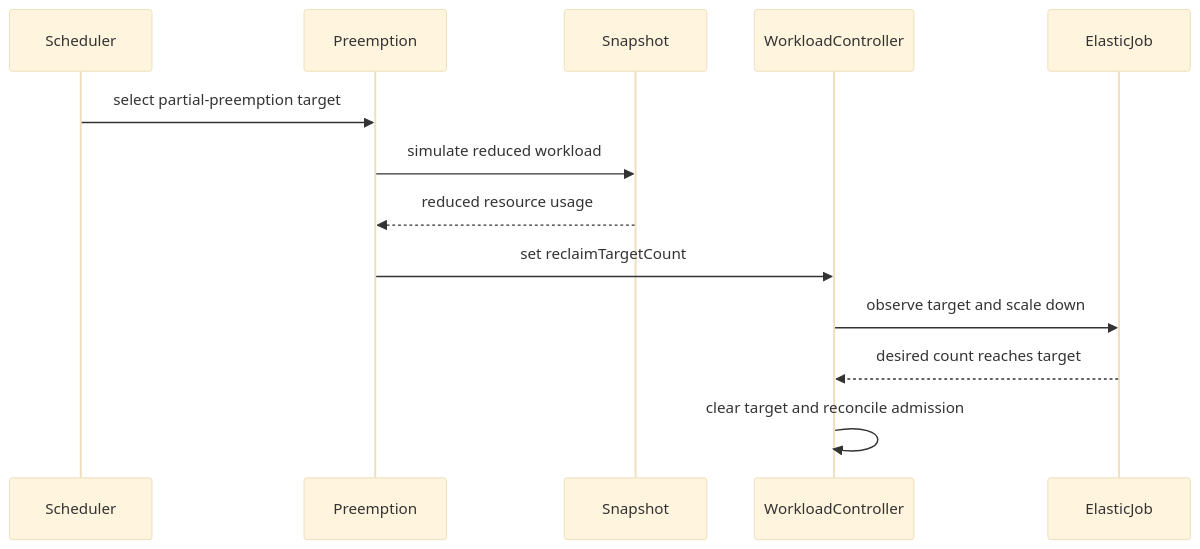
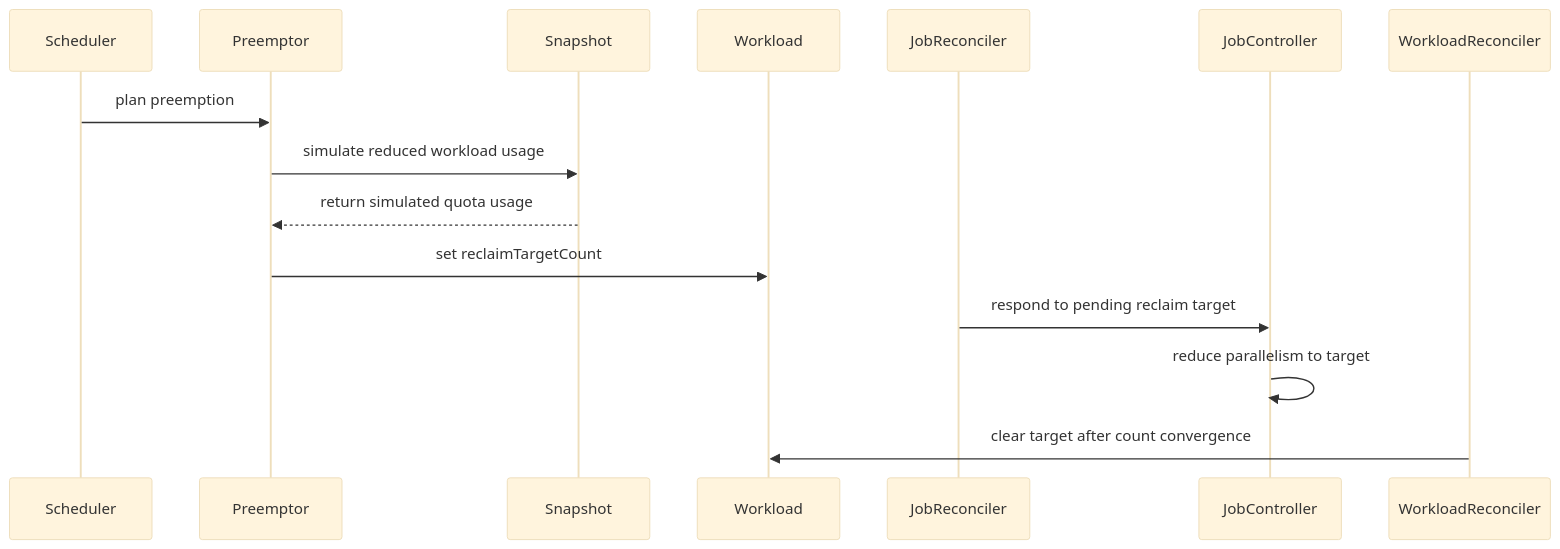
The diagram in raw/github/kubernetes-sigs__kueue/pr-14590.md (reruno/kueue-llm-wiki), drawn with Mermaid (base theme) before and after one commit. The commit also changed other lines of this file and 713 other files, not shown here.

````diff
--- a/raw/github/kubernetes-sigs__kueue/pr-14590.md
+++ b/raw/github/kubernetes-sigs__kueue/pr-14590.md
@@ -158,15 +158,17 @@
 ```mermaid
 sequenceDiagram
   participant Scheduler
-  participant Preemption
+  participant Preemptor
   participant Snapshot
-  participant WorkloadController
-  participant ElasticJob
-  Scheduler->>Preemption: select partial-preemption target
-  Preemption->>Snapshot: simulate reduced workload
-  Snapshot-->>Preemption: reduced resource usage
-  Preemption->>WorkloadController: set reclaimTargetCount
-  WorkloadController->>ElasticJob: observe target and scale down
-  ElasticJob-->>WorkloadController: desired count reaches target
-  WorkloadController->>WorkloadController: clear target and reconcile admission
+  participant Workload
+  participant JobReconciler
+  participant JobController
+  participant WorkloadReconciler
+  Scheduler->>Preemptor: plan preemption
+  Preemptor->>Snapshot: simulate reduced workload usage
+  Snapshot-->>Preemptor: return simulated quota usage
+  Preemptor->>Workload: set reclaimTargetCount
+  JobReconciler->>JobController: respond to pending reclaim target
+  JobController->>JobController: reduce parallelism to target
+  WorkloadReconciler->>Workload: clear target after count convergence
 ```
````
